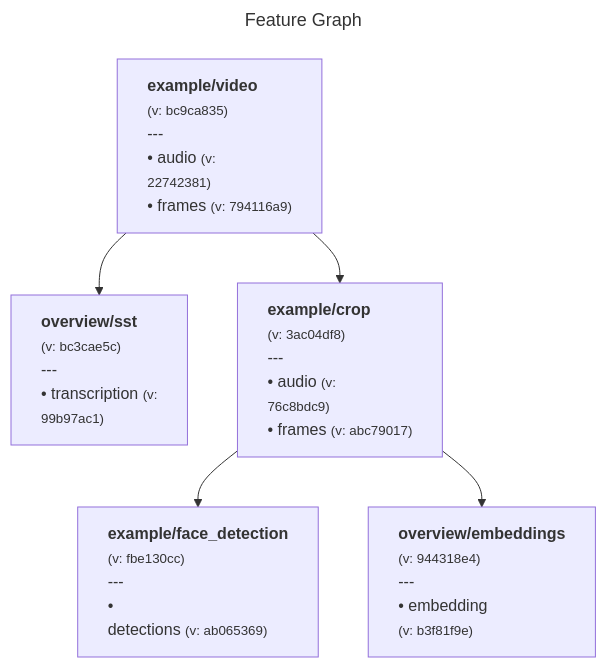
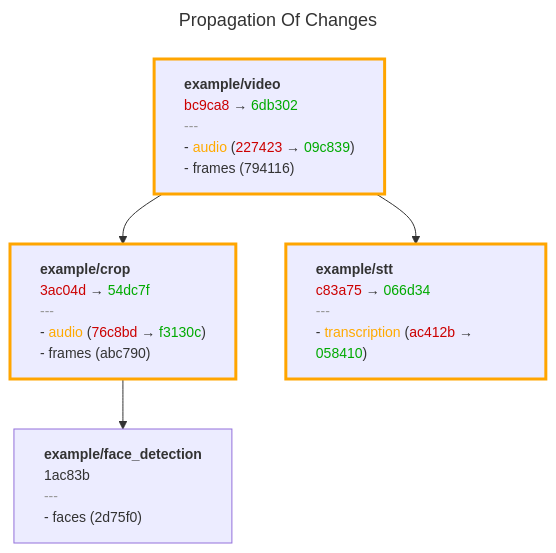
One commit to anam-org/metaxy changed the diagram in docs/index.md. Above: the diagram before and after it, drawn with Mermaid. The commit also changed other lines of this file, not shown here.

Commit message:
Enhance documentation with problem statement and improved feature graph visualization

````diff
--- a/docs/index.md
+++ b/docs/index.md
@@ -7,21 +16,26 @@
 ```mermaid
 ---
-title: Feature Graph
+title: Propagation Of Changes
 ---
 flowchart TB
-    %% Snapshot version: f3f57b8e
-        example_video["<div style="text-align:left"><b>example/video</b><br/><small>(v: bc9ca835)</small><br/>---<br/>• audio <small>(v:
-22742381)</small><br/>• frames <small>(v: 794116a9)</small></div>"]
-        overview_sst["<div style="text-align:left"><b>overview/sst</b><br/><small>(v: bc3cae5c)</small><br/>---<br/>• transcription <small>(v:
-99b97ac1)</small></div>"]
-        example_crop["<div style="text-align:left"><b>example/crop</b><br/><small>(v: 3ac04df8)</small><br/>---<br/>• audio <small>(v:
-76c8bdc9)</small><br/>• frames <small>(v: abc79017)</small></div>"]
-        overview_embeddings["<div style="text-align:left"><b>overview/embeddings</b><br/><small>(v: 944318e4)</small><br/>---<br/>• embedding
-<small>(v: b3f81f9e)</small></div>"]
-        example_face_detection["<div style="text-align:left"><b>example/face_detection</b><br/><small>(v: fbe130cc)</small><br/>---<br/>•
-detections <small>(v: ab065369)</small></div>"]
-        example_video --> example_crop
-        example_crop --> example_face_detection
-        example_video --> overview_sst
-        example_crop --> overview_embeddings
+    %%{init: {'flowchart': {'htmlLabels': true, 'curve': 'basis'}, 'themeVariables': {'fontSize': '14px'}}}%%
+
+    example_video["<div style="text-align:left"><b>example/video</b><br/><font color="#CC0000">bc9ca8</font> → <font
+color="#00AA00">6db302</font><br/><font color="#999">---</font><br/>- <font color="#FFAA00">audio</font> (<font
+color="#CC0000">227423</font> → <font color="#00AA00">09c839</font>)<br/>- frames (794116)</div>"]
+    style example_video stroke:#FFA500,stroke-width:3px
+    example_crop["<div style="text-align:left"><b>example/crop</b><br/><font color="#CC0000">3ac04d</font> → <font
+color="#00AA00">54dc7f</font><br/><font color="#999">---</font><br/>- <font color="#FFAA00">audio</font> (<font
+color="#CC0000">76c8bd</font> → <font color="#00AA00">f3130c</font>)<br/>- frames (abc790)</div>"]
+    style example_crop stroke:#FFA500,stroke-width:3px
+    example_face_detection["<div style="text-align:left"><b>example/face_detection</b><br/>1ac83b<br/><font
+color="#999">---</font><br/>- faces (2d75f0)</div>"]
+    example_stt["<div style="text-align:left"><b>example/stt</b><br/><font color="#CC0000">c83a75</font> → <font
+color="#00AA00">066d34</font><br/><font color="#999">---</font><br/>- <font color="#FFAA00">transcription</font> (<font
+color="#CC0000">ac412b</font> → <font color="#00AA00">058410</font>)</div>"]
+    style example_stt stroke:#FFA500,stroke-width:3px
+
+    example_video --> example_crop
+    example_crop --> example_face_detection
+    example_video --> example_stt
 ```
````
